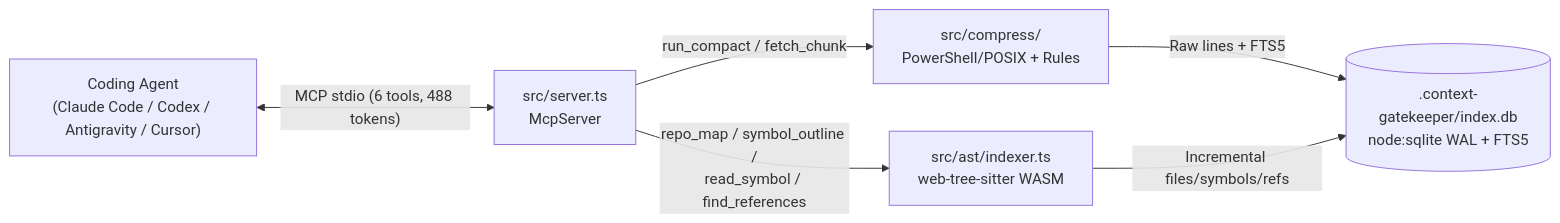
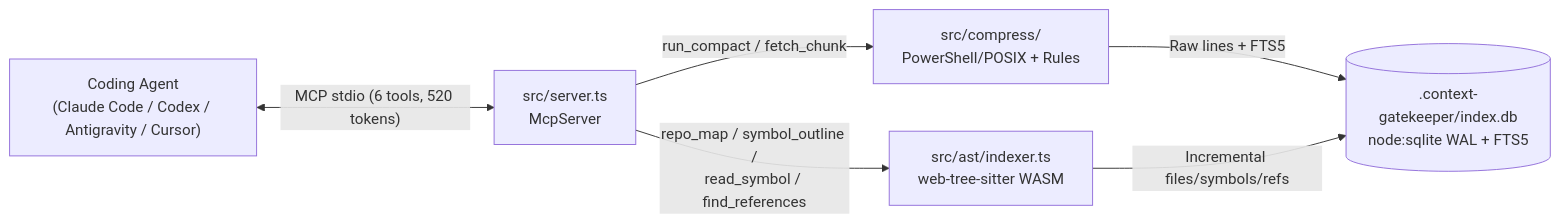
The diagram in docs/ARCHITECTURE.md (AaronPG095/Context-Gatekeeper-MCP), drawn with Mermaid before and after one commit. The commit also changed other lines of this file and 4 other files, not shown here.

Commit message:
fix(cgk-3): harden CLI flag parsing, add fetch E2E test, sync 520 schema token count

````diff
--- a/docs/ARCHITECTURE.md
+++ b/docs/ARCHITECTURE.md
@@ -5,11 +5,11 @@
 ```mermaid
 flowchart LR
     Agent["Coding Agent\n(Claude Code / Codex / Antigravity / Cursor)"]
-    Agent <-->|"MCP stdio (6 tools, 488 tokens)"| Server["src/server.ts\nMcpServer"]
+    Agent <-->|"MCP stdio (6 tools, 520 tokens)"| Server["src/server.ts\nMcpServer"]
 
     Server -->|"run_compact / fetch_chunk"| Runner["src/compress/\nPowerShell/POSIX + Rules"]
     Runner -->|"Raw lines + FTS5"| DB[(".context-gatekeeper/index.db\nnode:sqlite WAL + FTS5")]
 
     Server -->|"repo_map / symbol_outline /\nread_symbol / find_references"| Indexer["src/ast/indexer.ts\nweb-tree-sitter WASM"]
     Indexer -->|"Incremental files/symbols/refs"| DB
 ```
````
